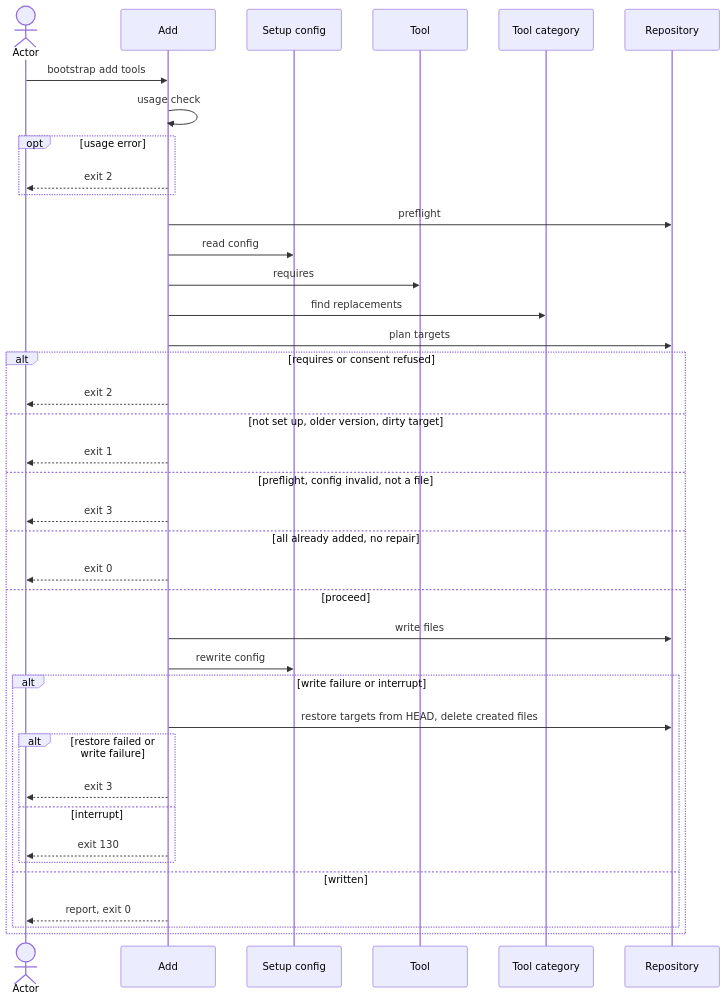
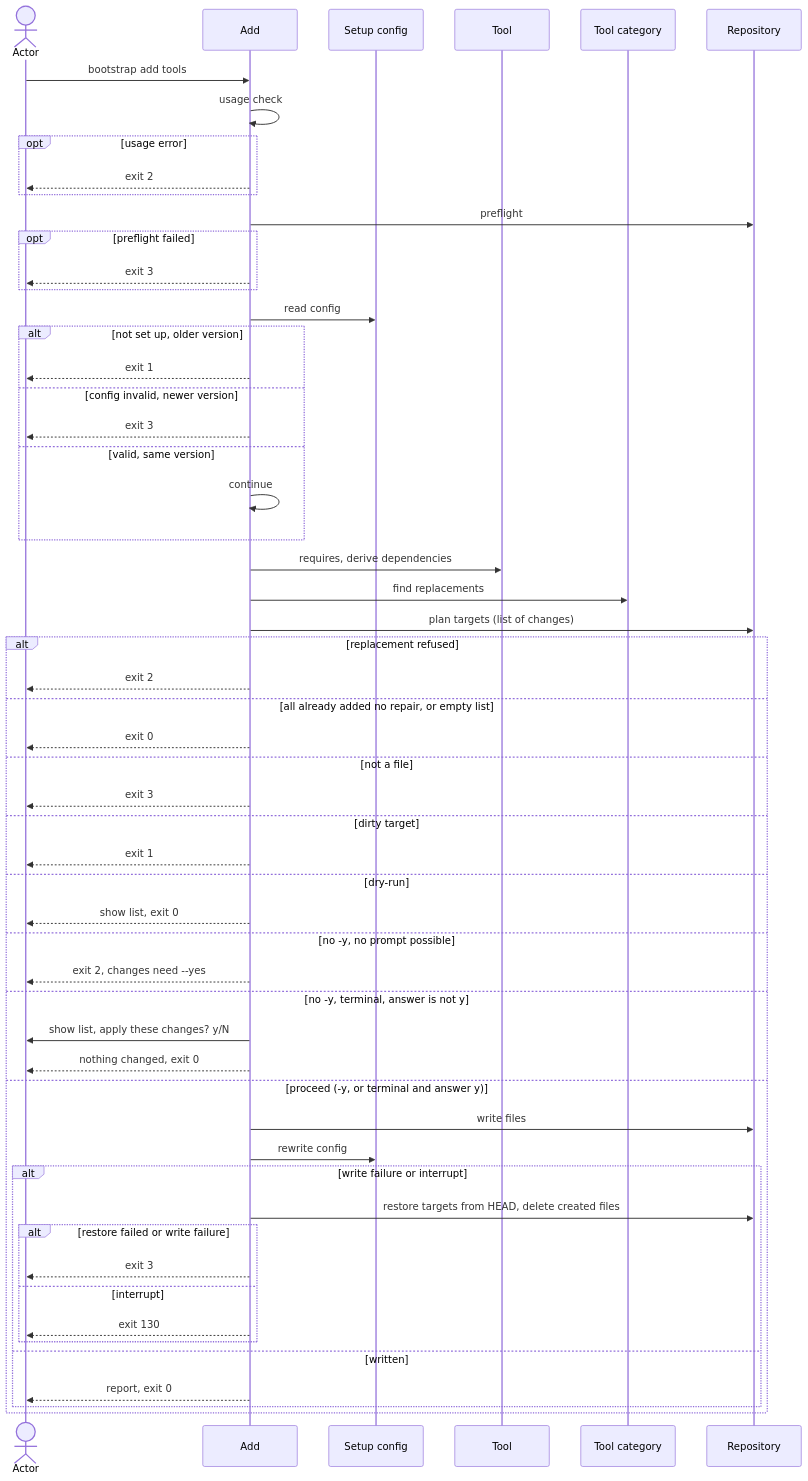
The diagram in docs/blueprint/flows/cli/140-add-tool/index.md (virajp/bootstrap), drawn with Mermaid before and after one commit. The commit also changed other lines of this file and 17 other files, not shown here.

````diff
--- a/docs/blueprint/flows/cli/140-add-tool/index.md
+++ b/docs/blueprint/flows/cli/140-add-tool/index.md
@@ -110,41 +131,58 @@
 ```mermaid
 sequenceDiagram
     actor O as Actor
     participant A as Add
     participant C as Setup config
     participant T as Tool
     participant K as Tool category
     participant R as Repository
     O->>A: bootstrap add tools
     A->>A: usage check
     opt usage error
         A-->>O: exit 2
     end
     A->>R: preflight
+    opt preflight failed
+        A-->>O: exit 3
+    end
     A->>C: read config
-    A->>T: requires
+    alt not set up, older version
+        A-->>O: exit 1
+    else config invalid, newer version
+        A-->>O: exit 3
+    else valid, same version
+        A->>A: continue
+    end
+    A->>T: requires, derive dependencies
     A->>K: find replacements
-    A->>R: plan targets
-    alt requires or consent refused
+    A->>R: plan targets (list of changes)
+    alt replacement refused
         A-->>O: exit 2
-    else not set up, older version, dirty target
+    else all already added no repair, or empty list
+        A-->>O: exit 0
+    else not a file
+        A-->>O: exit 3
+    else dirty target
         A-->>O: exit 1
-    else preflight, config invalid, not a file
-        A-->>O: exit 3
-    else all already added, no repair
-        A-->>O: exit 0
-    else proceed
+    else dry-run
+        A-->>O: show list, exit 0
+    else no -y, no prompt possible
+        A-->>O: exit 2, changes need --yes
+    else no -y, terminal, answer is not y
+        A->>O: show list, apply these changes? y/N
+        A-->>O: nothing changed, exit 0
+    else proceed (-y, or terminal and answer y)
         A->>R: write files
         A->>C: rewrite config
         alt write failure or interrupt
             A->>R: restore targets from HEAD, delete created files
             alt restore failed or write failure
                 A-->>O: exit 3
             else interrupt
                 A-->>O: exit 130
             end
         else written
             A-->>O: report, exit 0
         end
     end
 ```
````
